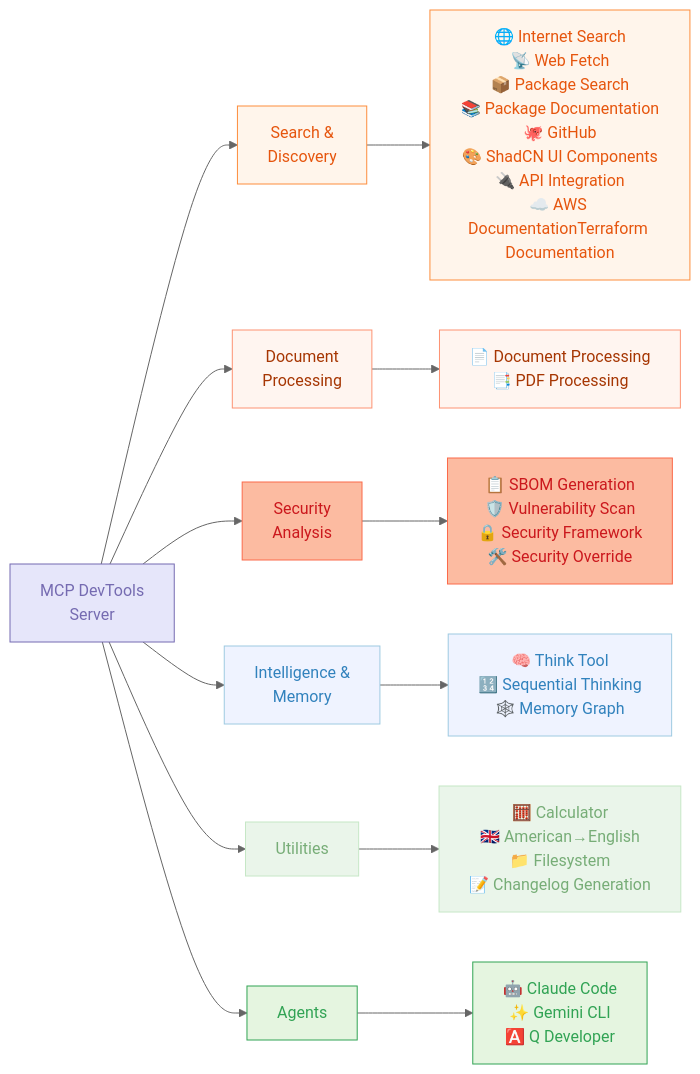
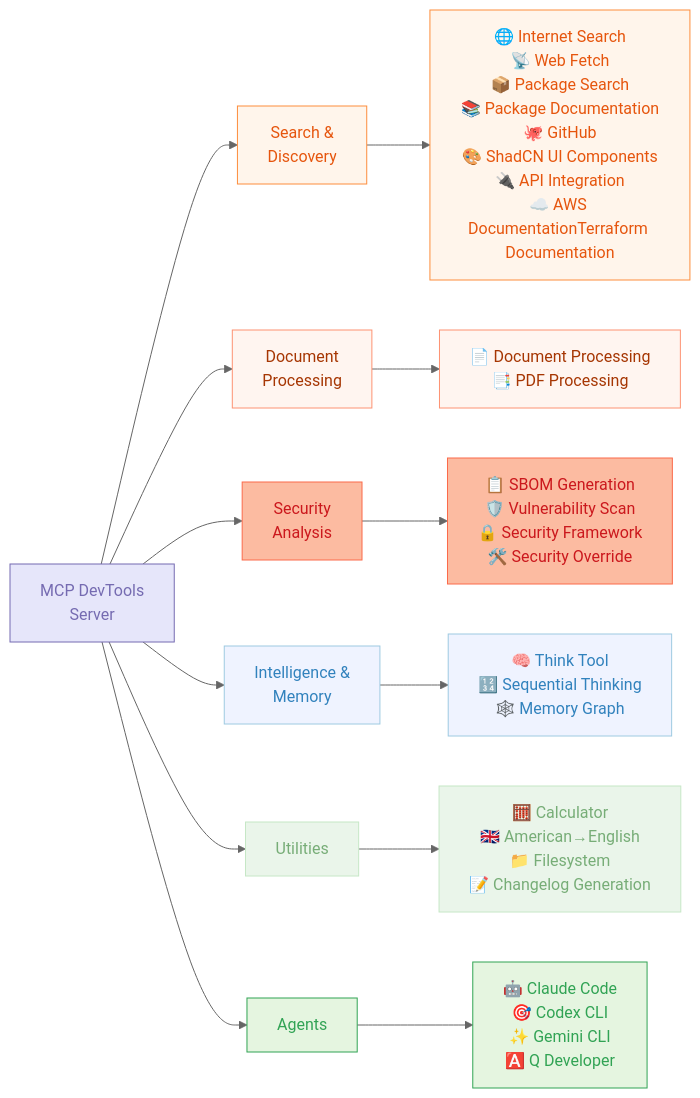
One commit to sammcj/mcp-devtools changed the diagram in README.md. Above: the diagram before and after it, drawn with Mermaid (neutral theme). The commit also changed other lines of this file and 7 other files, not shown here.

First line of the commit message:
feat: Add Codex Agent MCP tool with comprehensive CLI integration

````diff
--- a/README.md
+++ b/README.md
@@ -5,42 +5,42 @@
 ```mermaid
 graph LR
     A[MCP DevTools<br>Server]
 
     A --> B[Search &<br>Discovery]
     A --> C[Document<br>Processing]
     A --> D[Security<br>Analysis]
     A --> E[Intelligence &<br>Memory]
     A --> F[Utilities]
     A --> G[Agents]
 
     B --> B_Tools[🌐 Internet Search<br>📡 Web Fetch<br>📦 Package Search<br>📚 Package Documentation<br>🐙 GitHub<br>🎨 ShadCN UI Components<br>🔌 API Integration<br>☁️ AWS Documentation<br📝>Terraform Documentation]
 
     C --> C_Tools[📄 Document Processing<br>📑 PDF Processing]
 
     D --> D_Tools[📋 SBOM Generation<br>🛡️ Vulnerability Scan<br>🔒 Security Framework<br>🛠️ Security Override]
 
     E --> E_Tools[🧠 Think Tool<br>🔢 Sequential Thinking<br>🕸️ Memory Graph]
 
     F --> F_Tools[🧮 Calculator<br>🇬🇧 American→English<br>📁 Filesystem<br>📝 Changelog Generation]
 
-    G --> G_Tools[🤖 Claude Code<br>✨ Gemini CLI<br>🅰️ Q Developer]
+    G --> G_Tools[🤖 Claude Code<br>🎯 Codex CLI<br>✨ Gemini CLI<br>🅰️ Q Developer]
 
     classDef inputOutput fill:#FEE0D2,stroke:#E6550D,color:#E6550D
     classDef llm fill:#E5F5E0,stroke:#31A354,color:#31A354
     classDef components fill:#E6E6FA,stroke:#756BB1,color:#756BB1
     classDef process fill:#EAF5EA,stroke:#C6E7C6,color:#77AD77
     classDef stop fill:#E5E1F2,stroke:#C7C0DE,color:#8471BF
     classDef data fill:#EFF3FF,stroke:#9ECAE1,color:#3182BD
     classDef decision fill:#FFF5EB,stroke:#FD8D3C,color:#E6550D
     classDef storage fill:#F2F0F7,stroke:#BCBDDC,color:#756BB1
     classDef api fill:#FFF5F0,stroke:#FD9272,color:#A63603
     classDef error fill:#FCBBA1,stroke:#FB6A4A,color:#CB181D
 
     class A components
     class B,B_Tools decision
     class C,C_Tools api
     class D,D_Tools error
     class E,E_Tools data
     class F,F_Tools process
     class G,G_Tools llm
 ```
````
